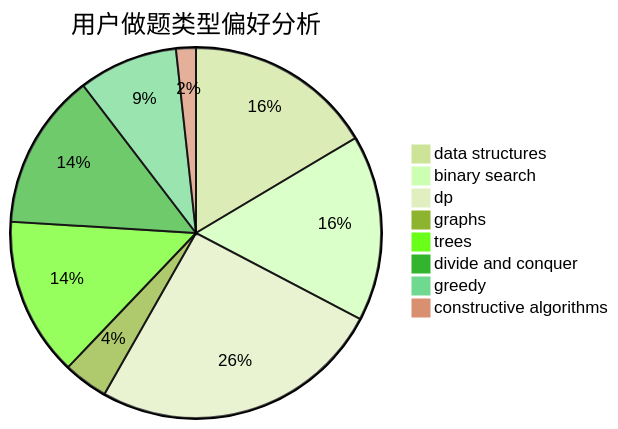
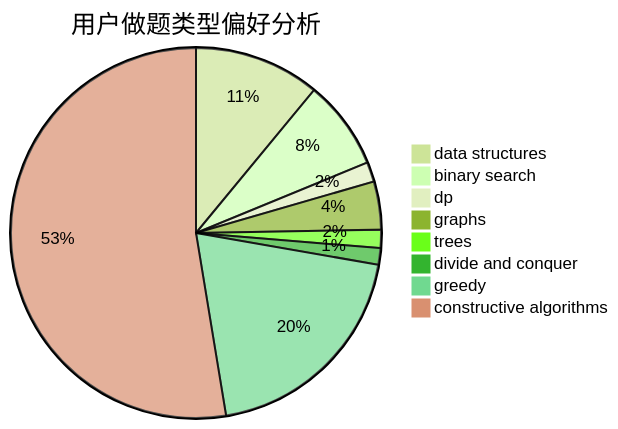
Before and after one commit to sherpahu/cfrs.github.io: the second of 3 diagrams in docs/user/u2112.md, drawn with Mermaid (forest theme). The commit also changed other lines of this file and 2770 other files, not shown here.

````diff
--- a/docs/user/u2112.md
+++ b/docs/user/u2112.md
@@ -23,11 +23,11 @@
 ```mermaid
 pie title 用户做题类型偏好分析
     "data structures" :  76
-    "binary search" :  75
-    "dp" :  118
-    "graphs" :  18
-    "trees" :  64
-    "divide and conquer" :  63
-    "greedy" :  40
-    "constructive algorithms" :  8
+    "binary search" :  54
+    "dp" :  12
+    "graphs" :  29
+    "trees" :  11
+    "divide and conquer" :  10
+    "greedy" :  136
+    "constructive algorithms" :  364
 ```
````
